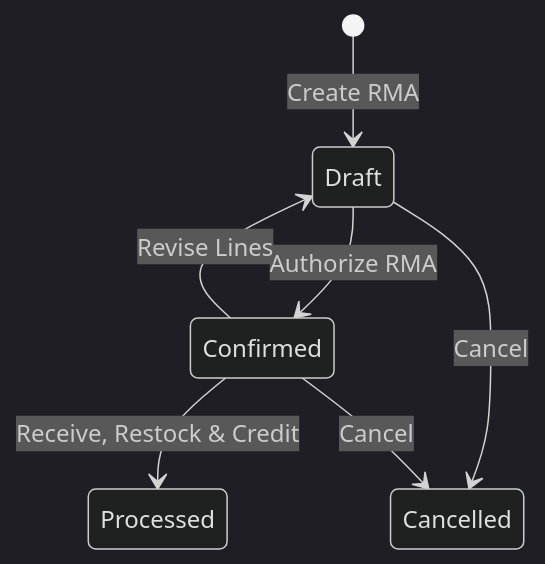
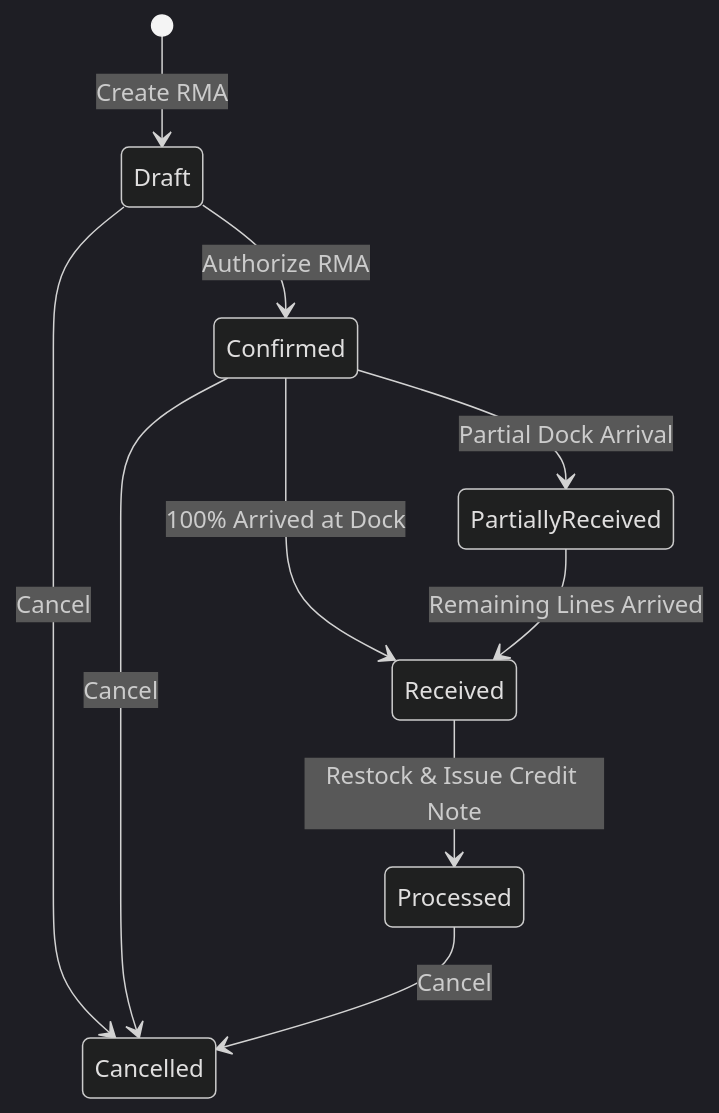
Before and after one commit to herobmdotcom/herobm: the diagram in docs/user/sales_returns.md, drawn with Mermaid (dark theme). The commit also changed other lines of this file and 22 other files, not shown here.

````diff
--- a/docs/user/sales_returns.md
+++ b/docs/user/sales_returns.md
@@ -47,9 +47,14 @@
 ```mermaid
 stateDiagram-v2
     [*] --> Draft : Create RMA
     Draft --> Confirmed : Authorize RMA
-    Confirmed --> Processed : Receive, Restock & Credit
-    Confirmed --> Draft : Revise Lines
     Draft --> Cancelled : Cancel
+
+    Confirmed --> PartiallyReceived : Partial Dock Arrival
+    Confirmed --> Received : 100% Arrived at Dock
     Confirmed --> Cancelled : Cancel
+
+    PartiallyReceived --> Received : Remaining Lines Arrived
+    Received --> Processed : Restock & Issue Credit Note
+    Processed --> Cancelled : Cancel
 ```
````
